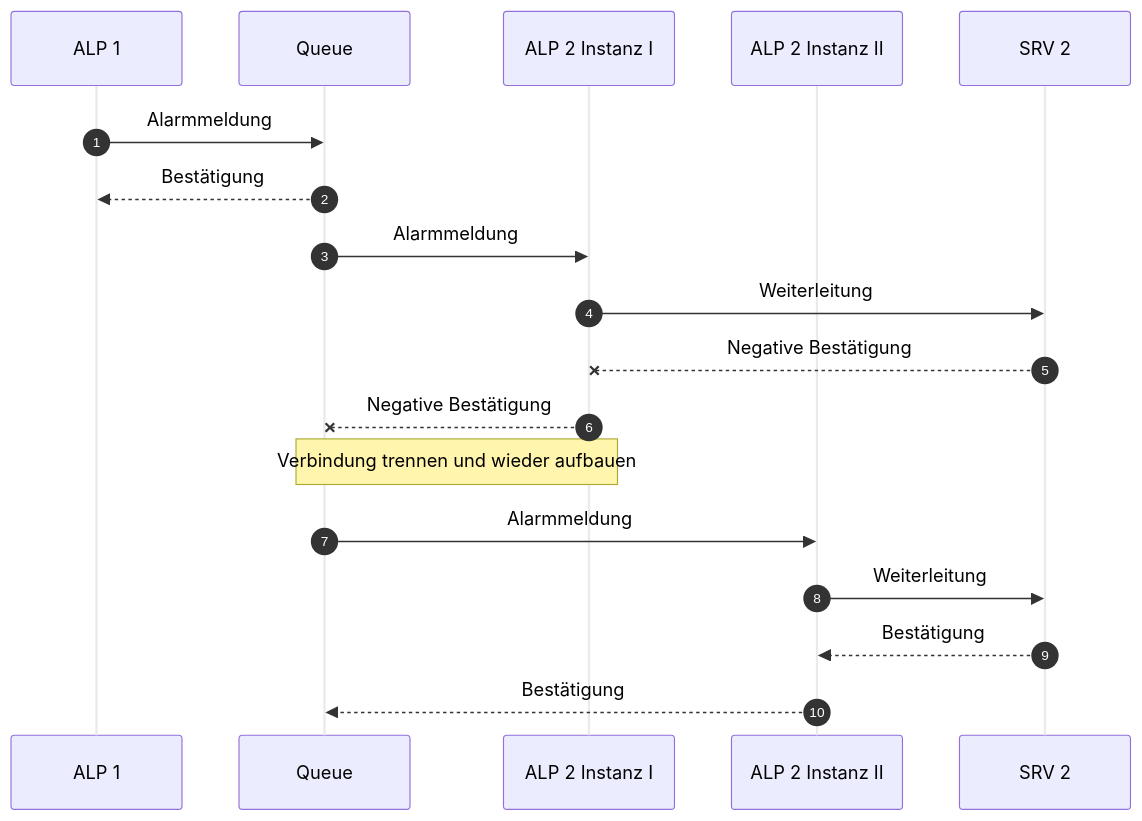
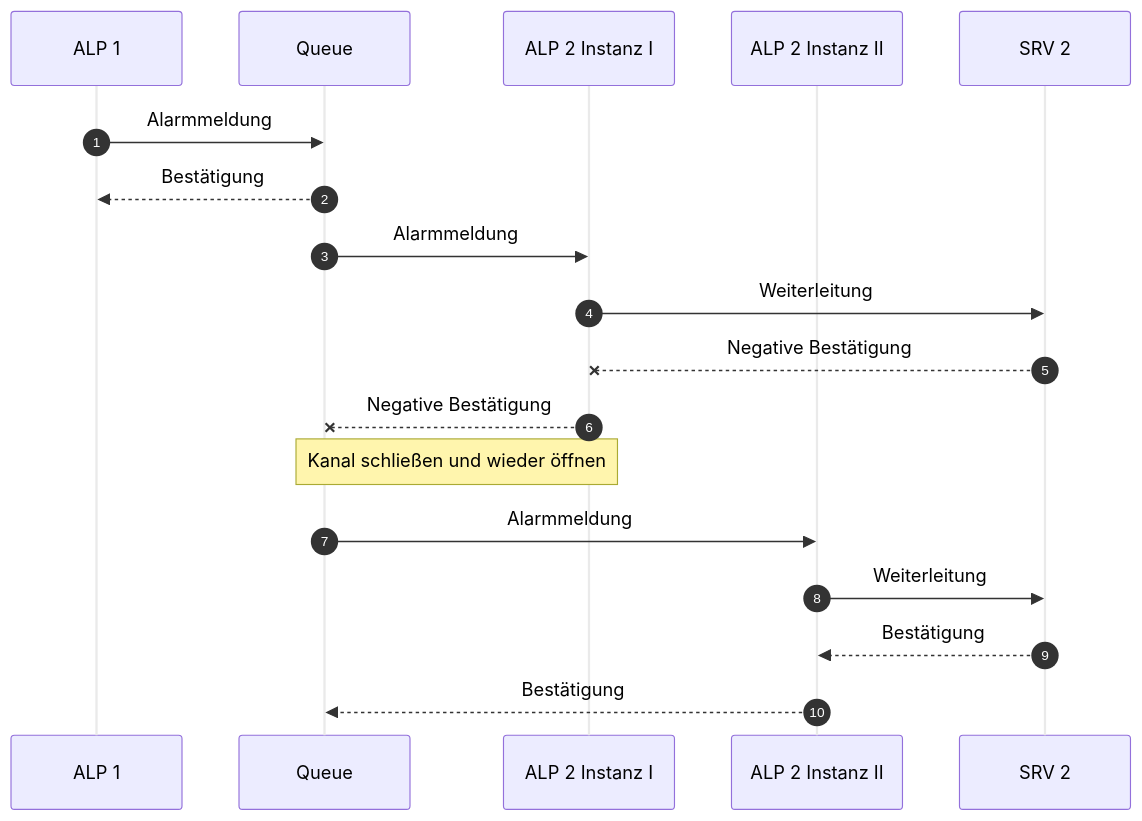
One commit to JadKHaddad/MT changed the diagram in mermaid/alps_retry_sequence.mmd. Above: the diagram before and after it, drawn with Mermaid. The commit also changed 22 other files, not shown here.

```diff
--- a/mermaid/alps_retry_sequence.mmd
+++ b/mermaid/alps_retry_sequence.mmd
@@ -1,21 +1,21 @@
 %%{init: { 'themeVariables': { 'actorLineColor': '#EAEAEA', 'signalTextColor': '#000000' } } }%%
 sequenceDiagram
     autonumber
     participant L1 as ALP 1
     participant Q as Queue
     participant L2A as ALP 2 Instanz I
     participant L2B as ALP 2 Instanz II
     participant S2 as SRV 2
 
     L1->>Q: Alarmmeldung
     Q-->>L1: Bestätigung
     Q->>L2A: Alarmmeldung
     L2A->>S2: Weiterleitung
     S2--xL2A: Negative Bestätigung
     L2A--xQ: Negative Bestätigung
-    Note over Q,L2A: Verbindung trennen und wieder aufbauen
+    Note over Q,L2A: Kanal schließen und wieder öffnen
  
     Q->>L2B: Alarmmeldung
     L2B->>S2: Weiterleitung
     S2-->>L2B: Bestätigung
     L2B-->>Q: Bestätigung
```
